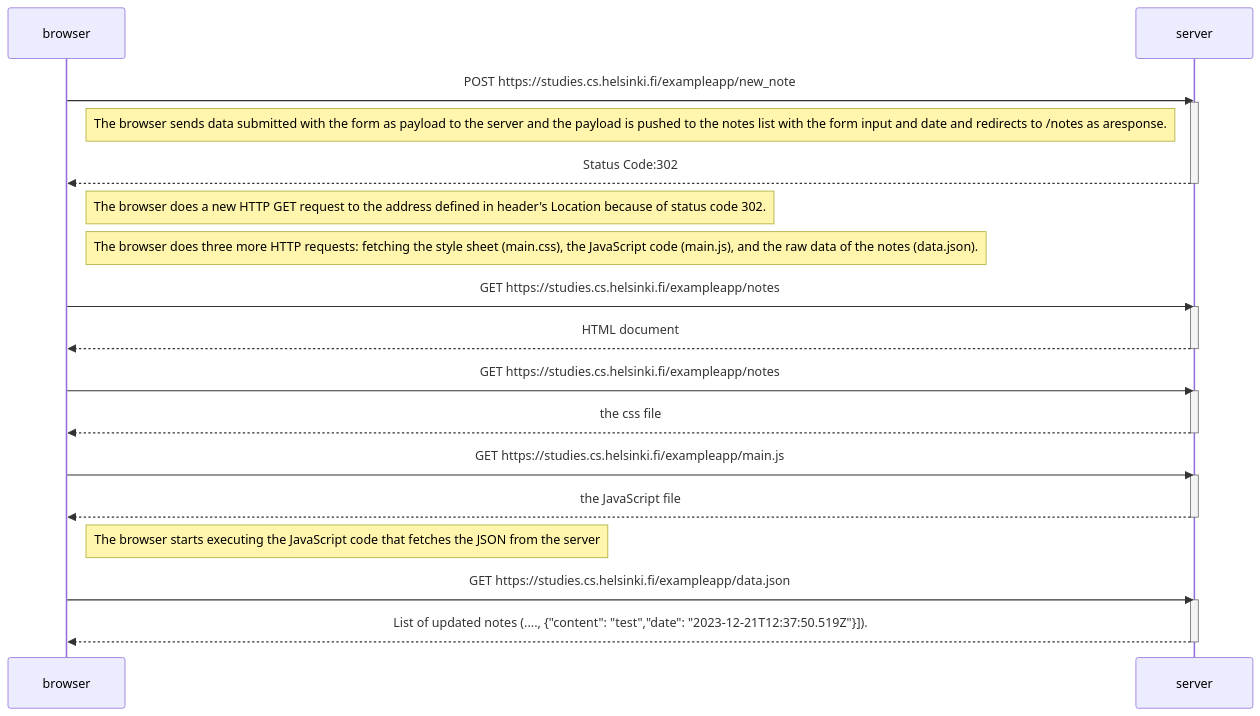
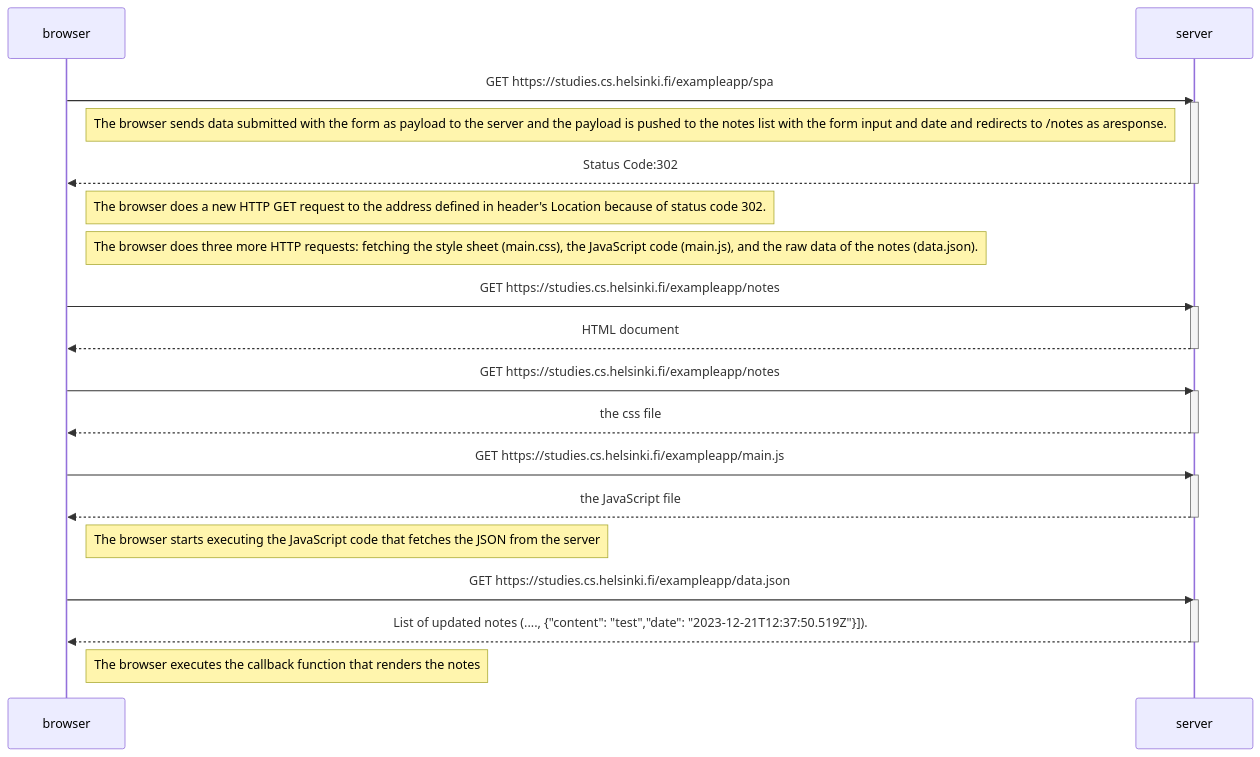
One commit to stha-sulav/Exercises changed the diagram in part0/New note diagram.md. Above: the diagram before and after it, drawn with Mermaid. The commit also changed 1 other file, not shown here.

Commit message:
Added Single page app diagram

````diff
--- a/part0/New note diagram.md
+++ b/part0/New note diagram.md
@@ -1,38 +1,39 @@
 ```mermaid
 sequenceDiagram
     participant browser
     participant server
 
-    browser->>server: POST https://studies.cs.helsinki.fi/exampleapp/new_note
+    browser->>server: GET https://studies.cs.helsinki.fi/exampleapp/spa
     activate server
     Note right of browser: The browser sends data submitted with the form as payload to the server and the payload is pushed to the notes list with the form input and date and redirects to /notes as aresponse.
     server-->>browser: Status Code:302
     deactivate server
 
     Note right of browser: The browser does a new HTTP GET request to the address defined in header's Location because of status code 302.
     Note right of browser: The browser does three more HTTP requests: fetching the style sheet (main.css), the JavaScript code (main.js), and the raw data of the notes (data.json).
 
     browser->>server: GET https://studies.cs.helsinki.fi/exampleapp/notes
     activate server
     server-->>browser: HTML document
     deactivate server
 
     browser->>server: GET https://studies.cs.helsinki.fi/exampleapp/notes
     activate server
     server-->>browser: the css file
     deactivate server
 
     browser->>server: GET https://studies.cs.helsinki.fi/exampleapp/main.js
     activate server
     server-->>browser: the JavaScript file
     deactivate server
 
     Note right of browser: The browser starts executing the JavaScript code that fetches the JSON from the server
 
     browser->>server: GET https://studies.cs.helsinki.fi/exampleapp/data.json
     activate server
     server-->>browser: List of updated notes (...., {"content": "test","date": "2023-12-21T12:37:50.519Z"}]).
     deactivate server
 
+    Note right of browser: The browser executes the callback function that renders the notes
 
 ```
````
